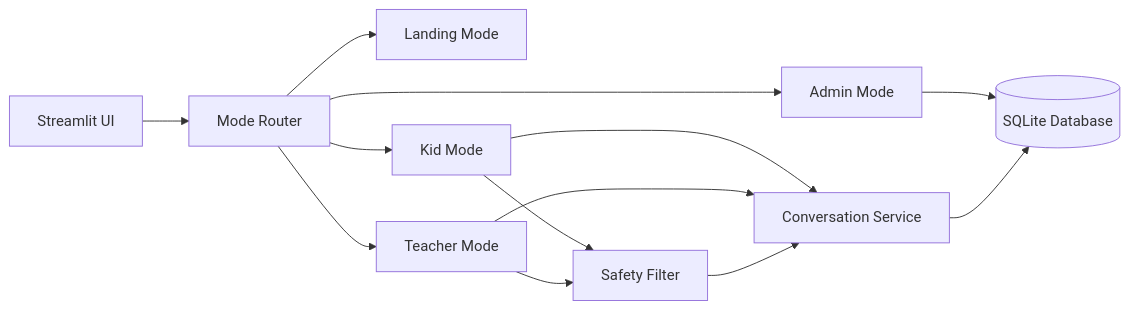
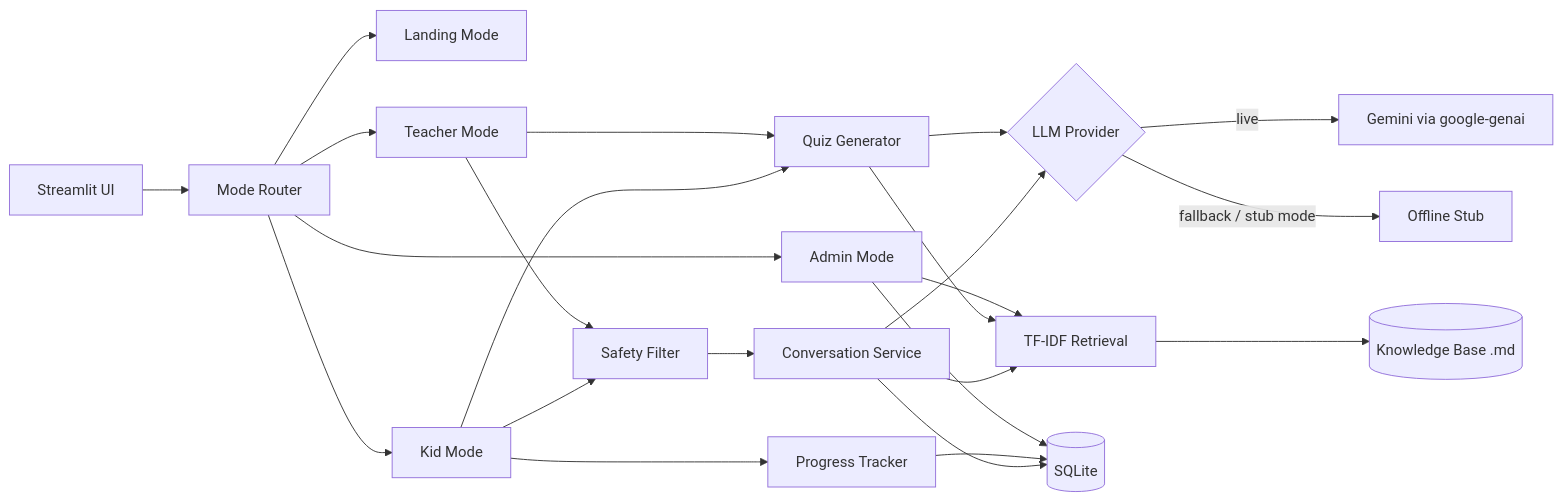
The diagram in KinderAi.md (MingYao-Salsabila/Kinder-AI), drawn with Mermaid before and after one commit. The commit also changed other lines of this file and 53 other files, not shown here.

````diff
--- a/KinderAi.md
+++ b/KinderAi.md
@@ -35,16 +39,29 @@
 ```mermaid
 flowchart LR
   UI[Streamlit UI] --> ROUTER[Mode Router]
   ROUTER --> LANDING[Landing Mode]
   ROUTER --> KID[Kid Mode]
   ROUTER --> TEACHER[Teacher Mode]
   ROUTER --> ADMIN[Admin Mode]
 
   KID --> SAFETY[Safety Filter]
   TEACHER --> SAFETY
-  KID --> CONVO[Conversation Service]
-  TEACHER --> CONVO
-  ADMIN --> DB[(SQLite Database)]
-  CONVO --> DB
-  SAFETY --> CONVO
+  SAFETY --> CONVO[Conversation Service]
+
+  CONVO --> RAG[TF-IDF Retrieval]
+  RAG --> KB[(Knowledge Base .md)]
+  CONVO --> PROVIDER{LLM Provider}
+  PROVIDER -->|live| GEMINI[Gemini via google-genai]
+  PROVIDER -->|fallback / stub mode| STUB[Offline Stub]
+
+  KID --> QUIZ[Quiz Generator]
+  TEACHER --> QUIZ
+  QUIZ --> PROVIDER
+  QUIZ --> RAG
+
+  CONVO --> DB[(SQLite)]
+  KID --> PROGRESS[Progress Tracker]
+  PROGRESS --> DB
+  ADMIN --> DB
+  ADMIN --> RAG
 ```
````
